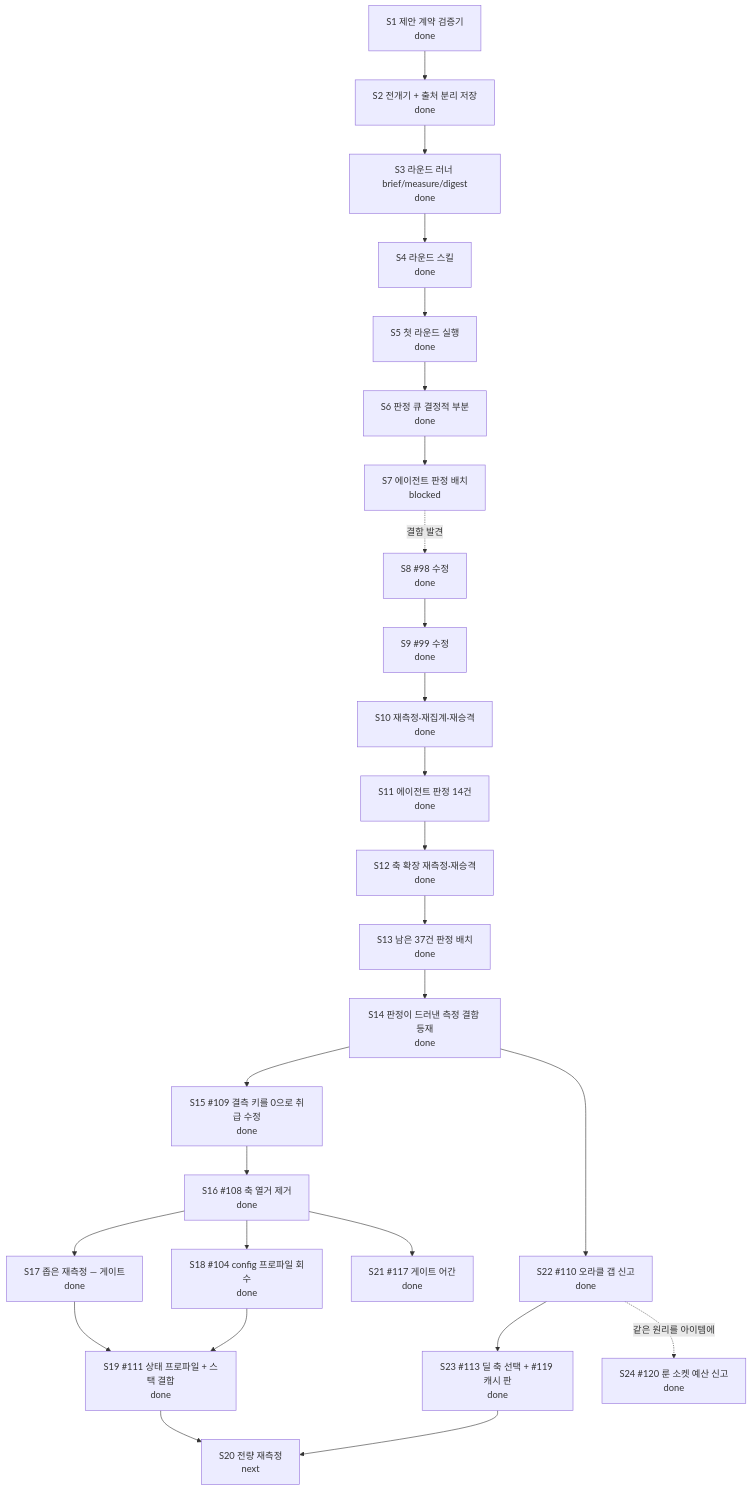
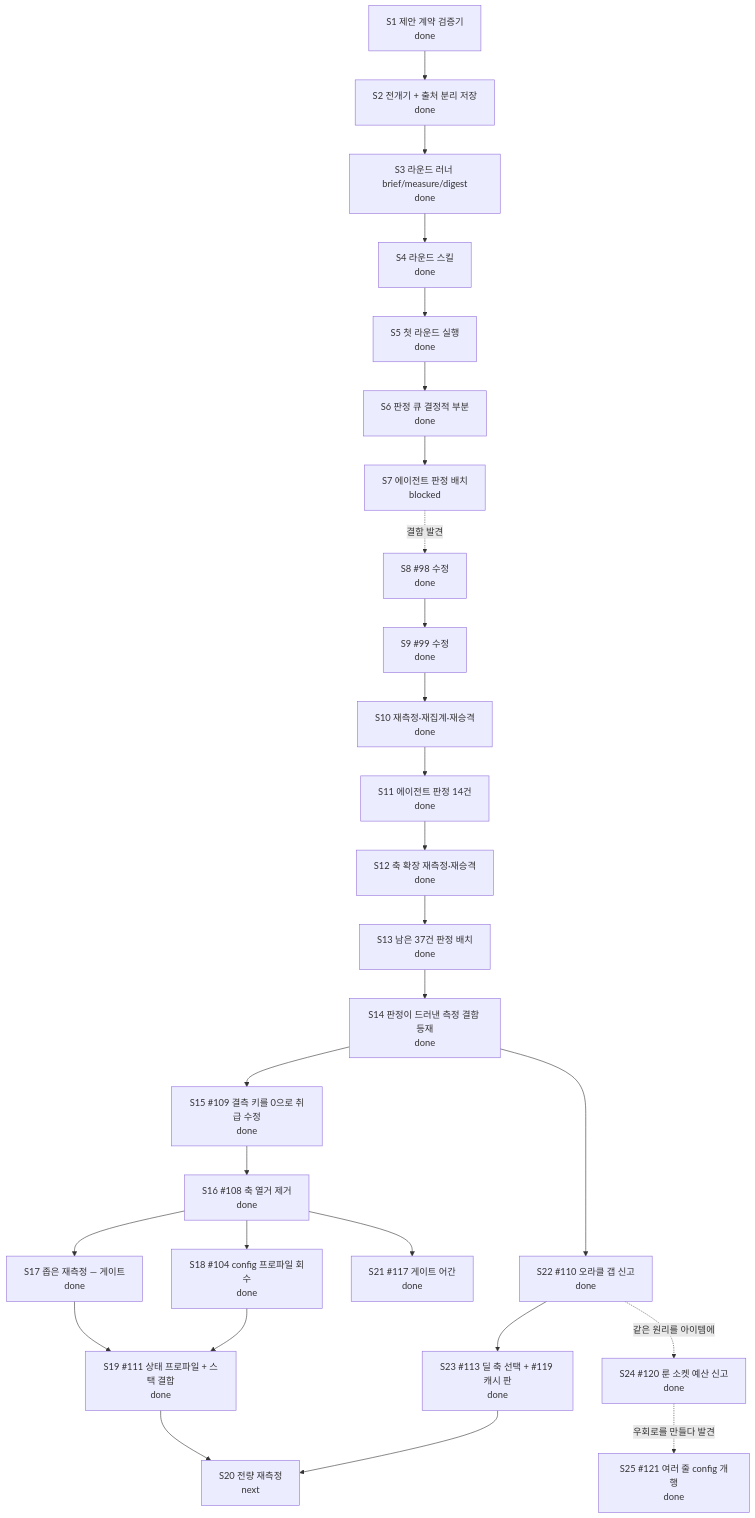
Before and after one commit to skerfolg/poe2-ai-wiki: the diagram in docs/CURRENT-PLAN.md, drawn with Mermaid. The commit also changed other lines of this file and 6 other files, not shown here.

````diff
--- a/docs/CURRENT-PLAN.md
+++ b/docs/CURRENT-PLAN.md
@@ -23,35 +23,37 @@
 ```mermaid
 flowchart TD
   CONTRACT[S1 제안 계약 검증기<br/>done]
   FLOW[S2 전개기 + 출처 분리 저장<br/>done]
   ROUND[S3 라운드 러너 brief/measure/digest<br/>done]
   SKILL[S4 라운드 스킬<br/>done]
   FIRST[S5 첫 라운드 실행<br/>done]
   NECESS[S6 판정 큐 결정적 부분<br/>done]
   JUDGE[S7 에이전트 판정 배치<br/>blocked]
   FIX[S8 #98 수정<br/>done]
   REMEAS[S9 #99 수정<br/>done]
   REAGG[S10 재측정·재집계·재승격<br/>done]
   RESUME[S11 에이전트 판정 14건<br/>done]
   AXES[S12 축 확장 재측정·재승격<br/>done]
   NEXT2[S13 남은 37건 판정 배치<br/>done]
   DEF[S14 판정이 드러낸 측정 결함 등재<br/>done]
   FIXDELTA[S15 #109 결측 키를 0으로 취급 수정<br/>done]
   WIDEN[S16 #108 축 열거 제거<br/>done]
   NARROW[S17 좁은 재측정 — 게이트<br/>done]
   CFG[S18 #104 config 프로파일 회수<br/>done]
   CPL[S19 #111 상태 프로파일 + 스택 결합<br/>done]
   FULL[S20 전량 재측정<br/>next]
   STEM[S21 #117 게이트 어간<br/>done]
   ORACLE[S22 #110 오라클 갭 신고<br/>done]
   AXIS[S23 #113 딜 축 선택 + #119 캐시 판<br/>done]
   SOCKET[S24 #120 룬 소켓 예산 신고<br/>done]
+  ATTR[S25 #121 여러 줄 config 개행<br/>done]
   CONTRACT --> FLOW --> ROUND --> SKILL --> FIRST --> NECESS --> JUDGE
   JUDGE -. 결함 발견 .-> FIX --> REMEAS --> REAGG --> RESUME --> AXES --> NEXT2
   NEXT2 --> DEF --> FIXDELTA --> WIDEN --> NARROW --> CPL --> FULL
   WIDEN --> CFG --> CPL
   WIDEN --> STEM
   DEF --> ORACLE
   ORACLE --> AXIS --> FULL
   ORACLE -. 같은 원리를 아이템에 .-> SOCKET
+  SOCKET -. 우회로를 만들다 발견 .-> ATTR
 ```
````
